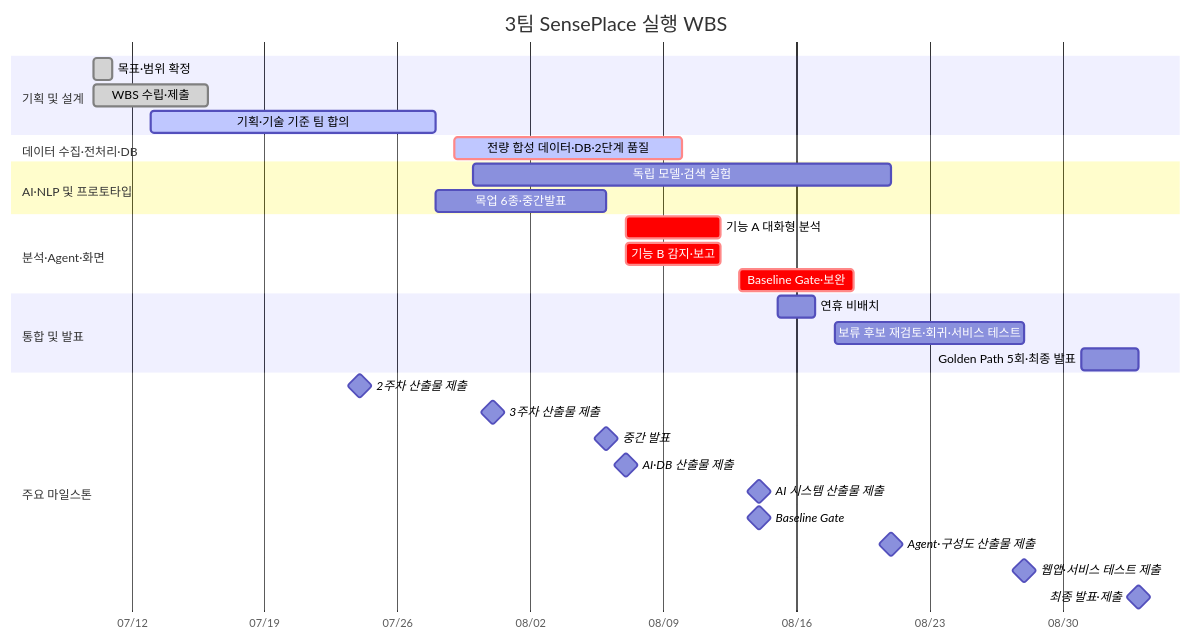
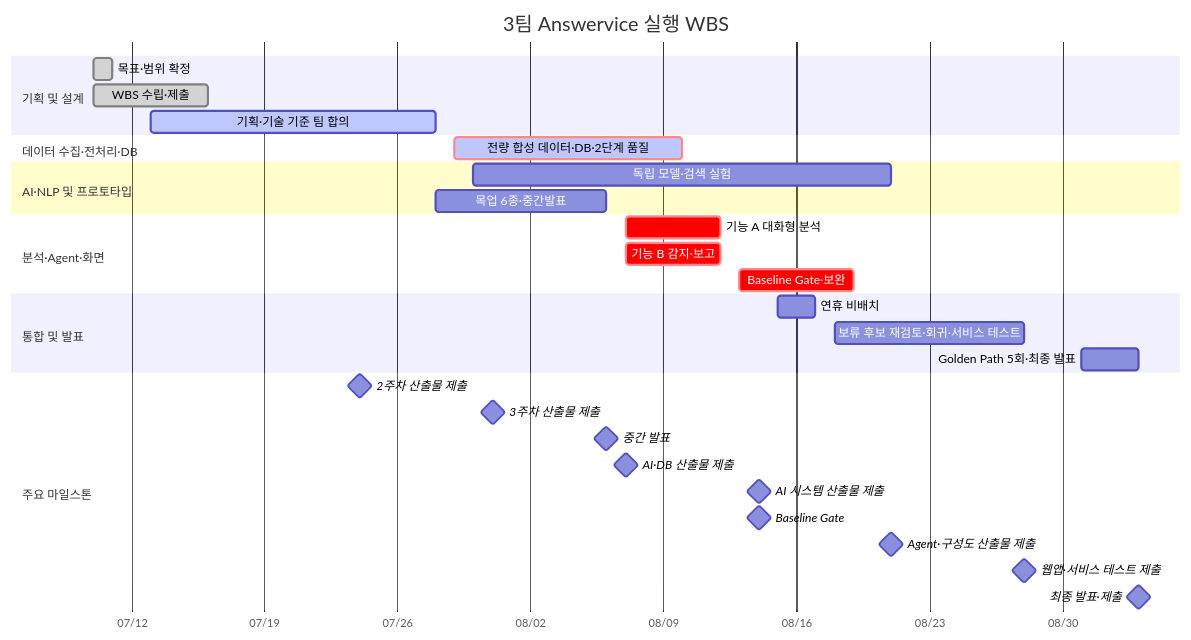
One commit to hijun318-eng/skn29_final_3team changed the diagram in docs/markdown/02_WBS.md. Above: the diagram before and after it, drawn with Mermaid. The commit also changed other lines of this file and 9 other files, not shown here.

````diff
--- a/docs/markdown/02_WBS.md
+++ b/docs/markdown/02_WBS.md
@@ -94,39 +94,39 @@
 ```mermaid
 gantt
-    title 3팀 SensePlace 실행 WBS
+    title 3팀 Answervice 실행 WBS
     dateFormat  YYYY-MM-DD
     axisFormat  %m/%d
 
     section 기획 및 설계
     목표·범위 확정                  :done, wbs_11, 2026-07-10, 1d
     WBS 수립·제출                   :done, wbs_14, 2026-07-10, 2026-07-16
     기획·기술 기준 팀 합의           :active, phase_1, 2026-07-13, 2026-07-28
 
     section 데이터 수집·전처리·DB
     전량 합성 데이터·DB·2단계 품질    :crit, active, phase_2, 2026-07-29, 2026-08-10
 
     section AI·NLP 및 프로토타입
     독립 모델·검색 실험             :phase_3, 2026-07-30, 2026-08-21
     목업 6종·중간발표               :phase_4, 2026-07-28, 2026-08-06
 
     section 분석·Agent·화면
     기능 A 대화형 분석              :crit, phase_5a, 2026-08-07, 2026-08-12
     기능 B 감지·보고                :crit, phase_5b, 2026-08-07, 2026-08-12
     Baseline Gate·보완              :crit, phase_6, 2026-08-13, 2026-08-19
 
     section 통합 및 발표
     연휴 비배치                     :holiday, 2026-08-15, 2026-08-17
     보류 후보 재검토·회귀·서비스 테스트 :phase_7, 2026-08-18, 2026-08-28
     Golden Path 5회·최종 발표        :phase_8, 2026-08-31, 2026-09-03
 
     section 주요 마일스톤
     2주차 산출물 제출               :milestone, ms_0724, 2026-07-24, 0d
     3주차 산출물 제출               :milestone, ms_0731, 2026-07-31, 0d
     중간 발표                      :milestone, ms_0806, 2026-08-06, 0d
     AI·DB 산출물 제출               :milestone, ms_0807, 2026-08-07, 0d
     AI 시스템 산출물 제출           :milestone, ms_0814, 2026-08-14, 0d
     Baseline Gate                  :milestone, gate_0814, 2026-08-14, 0d
     Agent·구성도 산출물 제출        :milestone, ms_0821, 2026-08-21, 0d
     웹앱·서비스 테스트 제출         :milestone, ms_0828, 2026-08-28, 0d
     최종 발표·제출                 :milestone, ms_0903, 2026-09-03, 0d
 ```
````
